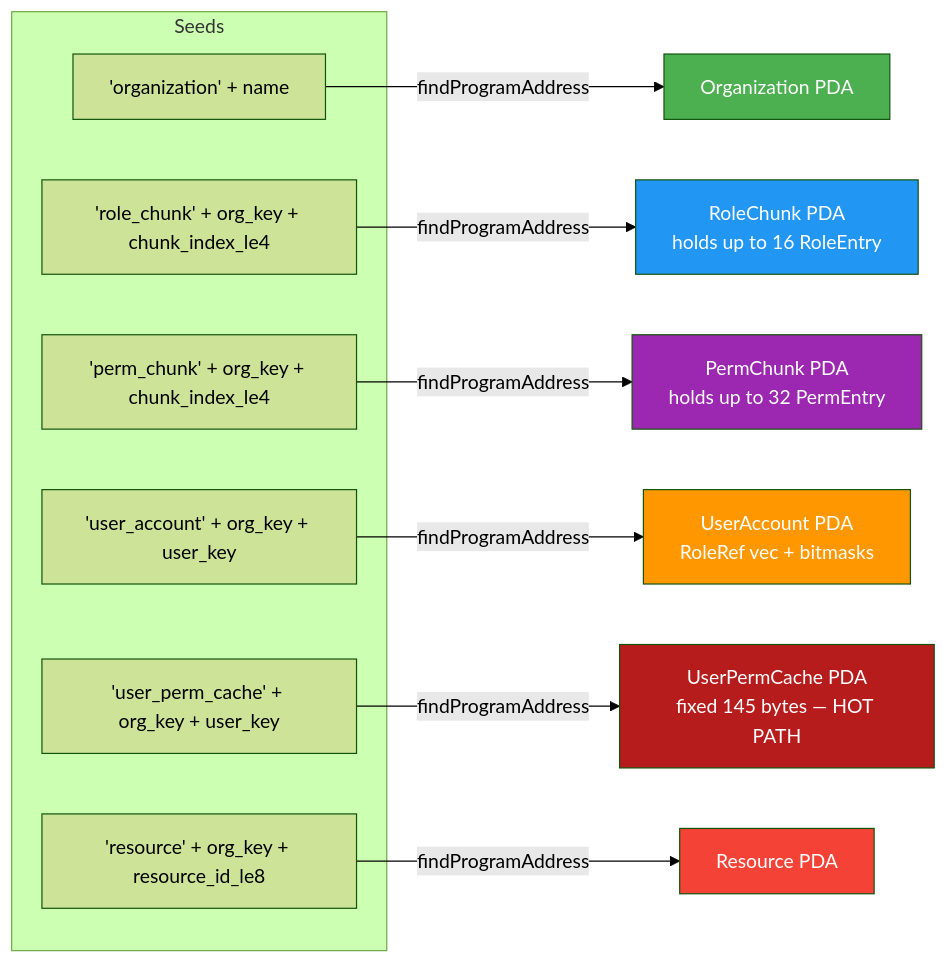
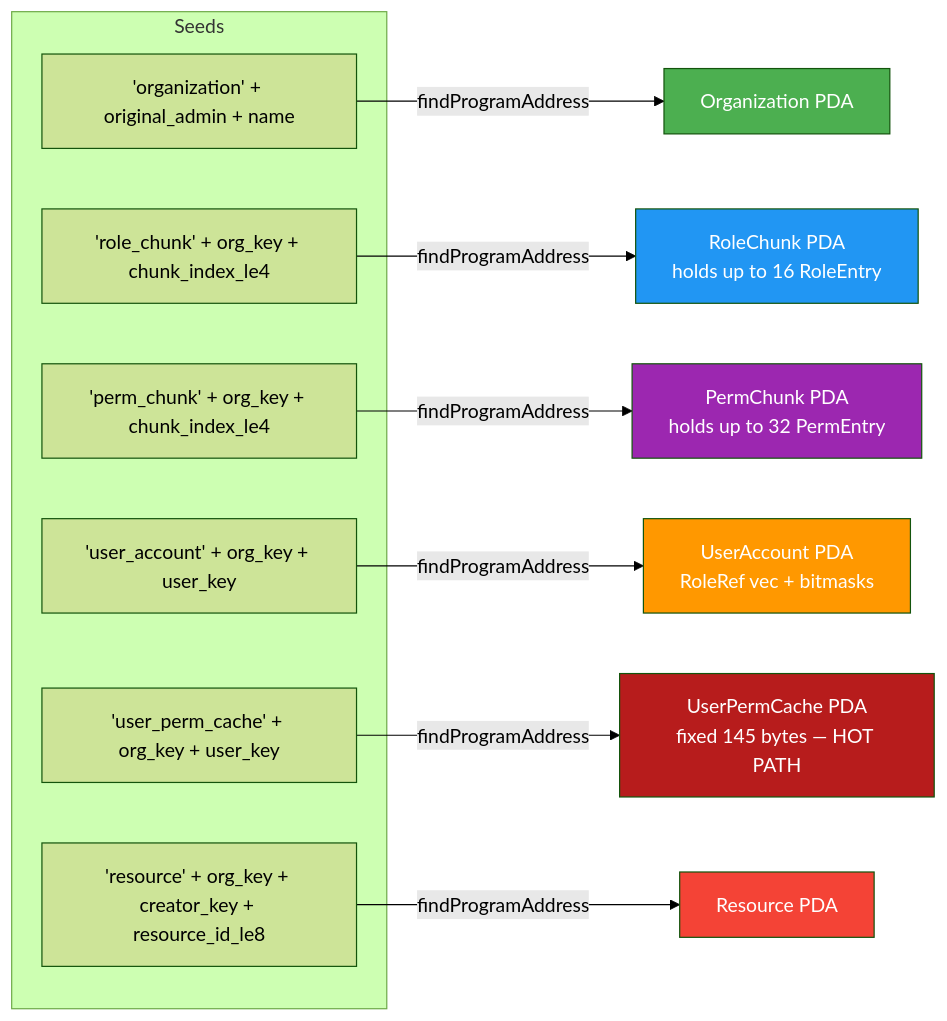
The fifth of 25 diagrams in docs/architecture.md (Vadimus1983/Solana-rbac), drawn with Mermaid (forest theme) before and after one commit. The commit also changed other lines of this file and 9 other files, not shown here.

````diff
--- a/docs/architecture.md
+++ b/docs/architecture.md
@@ -315,25 +321,25 @@
 ```mermaid
 graph LR
     subgraph Seeds
-        S1["'organization' + name"]
+        S1["'organization' + original_admin + name"]
         S2["'role_chunk' + org_key + chunk_index_le4"]
         S3["'perm_chunk' + org_key + chunk_index_le4"]
         S4["'user_account' + org_key + user_key"]
         S5["'user_perm_cache' + org_key + user_key"]
-        S6["'resource' + org_key + resource_id_le8"]
+        S6["'resource' + org_key + creator_key + resource_id_le8"]
     end
 
     S1 -->|findProgramAddress| OrgPDA[Organization PDA]
     S2 -->|findProgramAddress| RcPDA[RoleChunk PDA<br/>holds up to 16 RoleEntry]
     S3 -->|findProgramAddress| PcPDA[PermChunk PDA<br/>holds up to 32 PermEntry]
     S4 -->|findProgramAddress| UAPDA[UserAccount PDA<br/>RoleRef vec + bitmasks]
     S5 -->|findProgramAddress| UpcPDA[UserPermCache PDA<br/>fixed 145 bytes — HOT PATH]
     S6 -->|findProgramAddress| ResPDA[Resource PDA]
 
     style OrgPDA fill:#4CAF50,color:#fff
     style RcPDA fill:#2196F3,color:#fff
     style PcPDA fill:#9C27B0,color:#fff
     style UAPDA fill:#FF9800,color:#fff
     style UpcPDA fill:#B71C1C,color:#fff
     style ResPDA fill:#f44336,color:#fff
 ```
````
